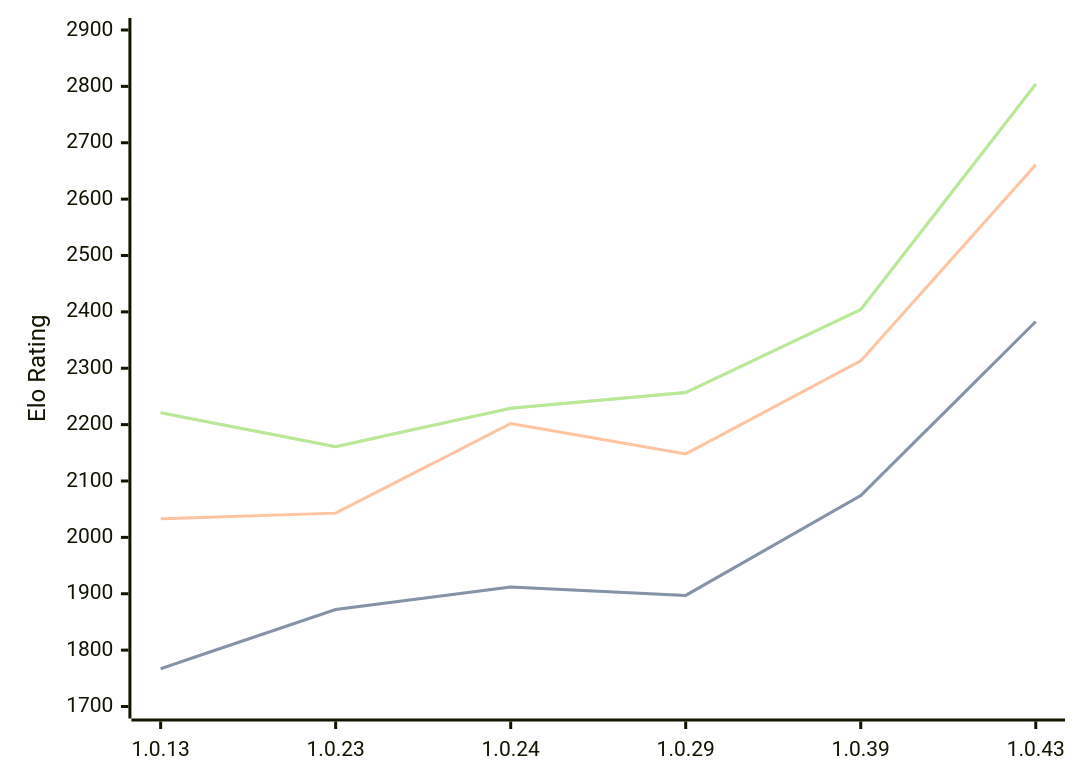
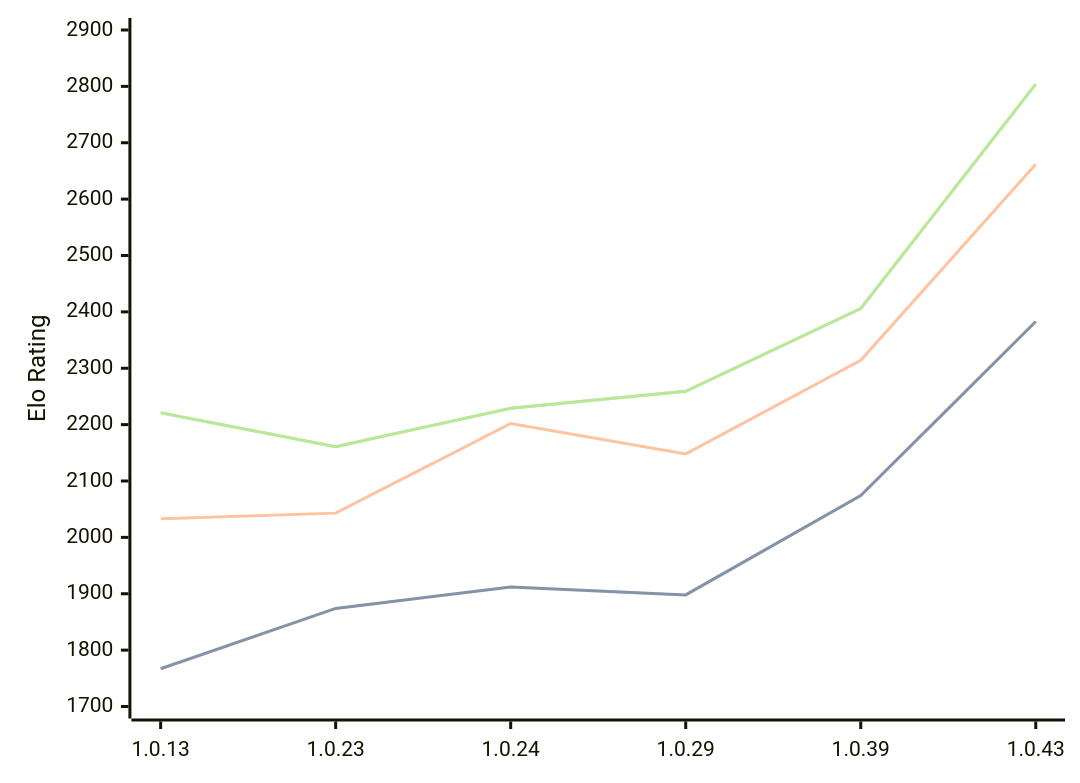
Before and after one commit to computer-chess-index/cci: the third of 3 diagrams in engines/RustyRival.md, drawn with Mermaid. The commit also changed other lines of this file, not shown here.

Commit message:
Update CCI Ratings (ELO VLTC) - 2026-06-23

````diff
--- a/engines/RustyRival.md
+++ b/engines/RustyRival.md
@@ -101,11 +101,11 @@
 ```mermaid
 %%{init: {"theme":"base","themeVariables":{"seriesColors:['#a3a3a3','#222221','#faa371']}}}%%
 xychart-beta
   x-axis ["1.0.13", "1.0.23", "1.0.24", "1.0.29", "1.0.39", "1.0.43"]
   y-axis "Elo Rating" 1700 --> 2900
-  line "STC (8.0+0.08s)" [1767, 1872, 1912, 1897, 2074, 2383]
-  line "STC (8.0+0.08s)" [1767, 1872, 1912, 1897, 2074, 2383]
-  line "LTC (60.0+0.60s)" [2033, 2043, 2202, 2148, 2313, 2661]
-  line "VLTC (2m24s+1.12s)" [2221, 2161, 2229, 2257, 2404, 2804]
-  line "VLTC (2m24s+1.12s)" [2221, 2161, 2229, 2257, 2404, 2804]
+  line "STC (8.0+0.08s)" [1767, 1874, 1912, 1898, 2074, 2383]
+  line "STC (8.0+0.08s)" [1767, 1874, 1912, 1898, 2074, 2383]
+  line "LTC (60.0+0.60s)" [2033, 2043, 2202, 2148, 2314, 2662]
+  line "VLTC (2m24s+1.12s)" [2221, 2161, 2229, 2259, 2406, 2804]
+  line "VLTC (2m24s+1.12s)" [2221, 2161, 2229, 2259, 2406, 2804]
 ```
````
